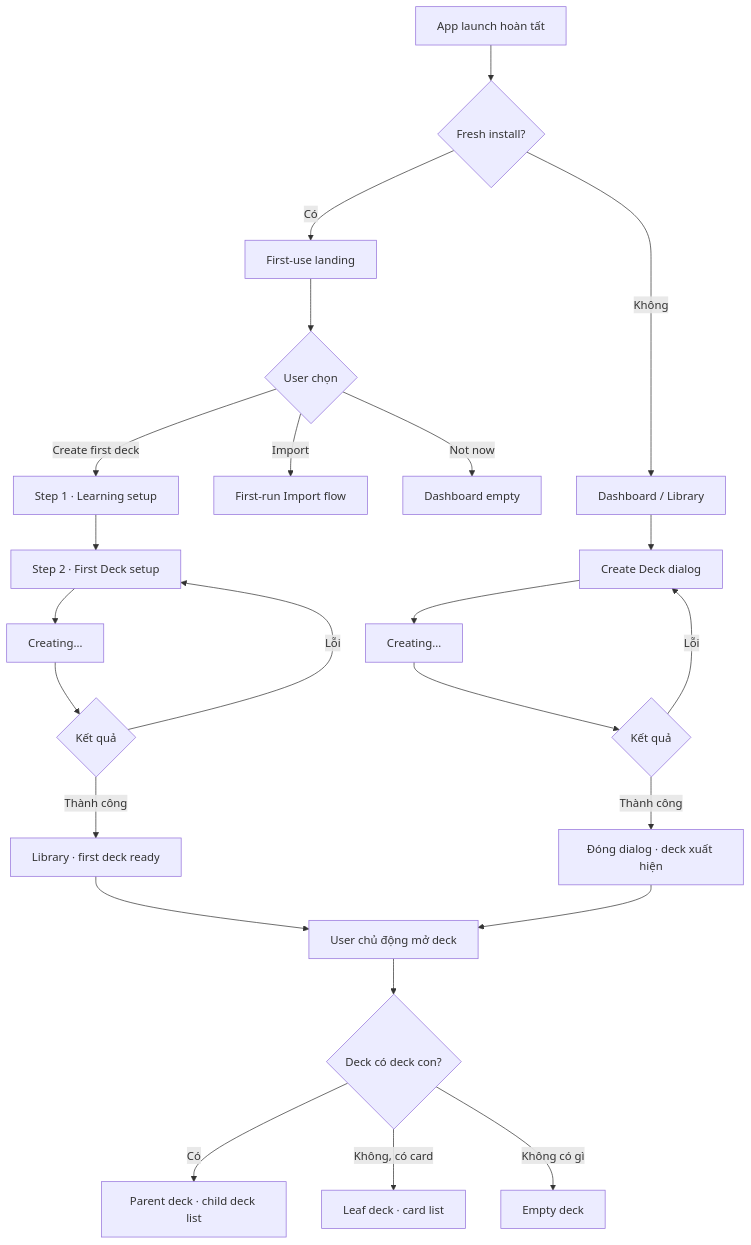
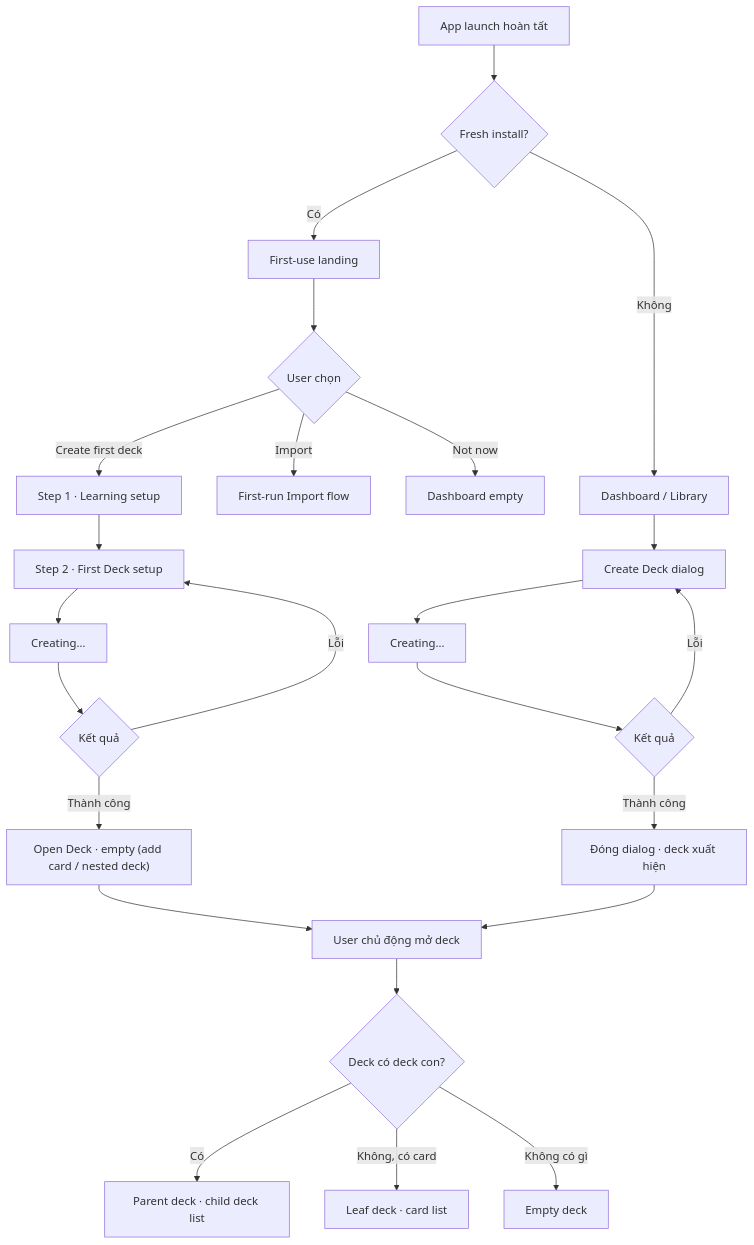
One commit to ntgptit/memox-v6 changed the diagram in docs/business/deck/create-deck.md. Above: the diagram before and after it, drawn with Mermaid. The commit also changed other lines of this file and 12 other files, not shown here.

````diff
--- a/docs/business/deck/create-deck.md
+++ b/docs/business/deck/create-deck.md
@@ -33,30 +33,30 @@
 ```mermaid
 flowchart TD
     A["App launch hoàn tất"] --> B{"Fresh install?"}
 
     B -- "Có" --> C["First-use landing"]
     C --> D{"User chọn"}
     D -- "Create first deck" --> E["Step 1 · Learning setup"]
     D -- "Import" --> F["First-run Import flow"]
     D -- "Not now" --> G["Dashboard empty"]
 
     E --> H["Step 2 · First Deck setup"]
     H --> I["Creating…"]
     I --> J{"Kết quả"}
     J -- "Lỗi" --> H
-    J -- "Thành công" --> K["Library · first deck ready"]
+    J -- "Thành công" --> K["Open Deck · empty (add card / nested deck)"]
 
     B -- "Không" --> L["Dashboard / Library"]
     L --> M["Create Deck dialog"]
     M --> N["Creating…"]
     N --> O{"Kết quả"}
     O -- "Lỗi" --> M
     O -- "Thành công" --> P["Đóng dialog · deck xuất hiện"]
 
     K --> Q["User chủ động mở deck"]
     P --> Q
     Q --> R{"Deck có deck con?"}
     R -- "Có" --> S["Parent deck · child deck list"]
     R -- "Không, có card" --> T["Leaf deck · card list"]
     R -- "Không có gì" --> U["Empty deck"]
 ```
````
